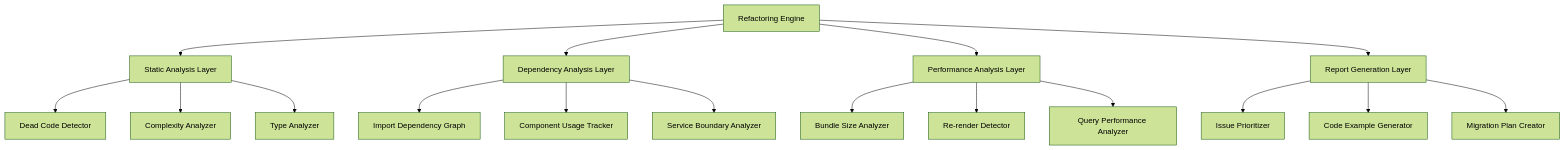
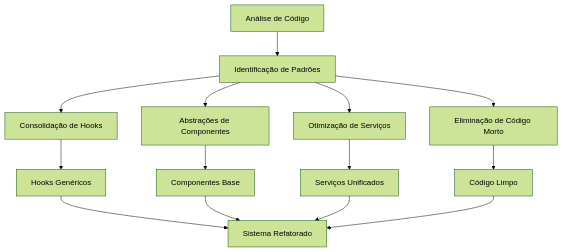
One commit to cascaoconcurseiro/PE changed the diagram in .kiro/specs/refatoracao-sistema-complexo/design.md. Above: the diagram before and after it, drawn with Mermaid (forest theme). The commit also changed other lines of this file and 49 other files, not shown here.

````diff
--- a/.kiro/specs/refatoracao-sistema-complexo/design.md
+++ b/.kiro/specs/refatoracao-sistema-complexo/design.md
@@ -11,23 +16,18 @@
 ```mermaid
-graph TD
-    A[Refactoring Engine] --> B[Static Analysis Layer]
-    A --> C[Dependency Analysis Layer]
-    A --> D[Performance Analysis Layer]
-    A --> E[Report Generation Layer]
+graph TB
+    A[Análise de Código] --> B[Identificação de Padrões]
+    B --> C[Consolidação de Hooks]
+    B --> D[Abstrações de Componentes]
+    B --> E[Otimização de Serviços]
+    B --> F[Eliminação de Código Morto]
     
-    B --> B1[Dead Code Detector]
-    B --> B2[Complexity Analyzer]
-    B --> B3[Type Analyzer]
+    C --> G[Hooks Genéricos]
+    D --> H[Componentes Base]
+    E --> I[Serviços Unificados]
+    F --> J[Código Limpo]
     
-    C --> C1[Import Dependency Graph]
-    C --> C2[Component Usage Tracker]
-    C --> C3[Service Boundary Analyzer]
-    
-    D --> D1[Bundle Size Analyzer]
-    D --> D2[Re-render Detector]
-    D --> D3[Query Performance Analyzer]
-    
-    E --> E1[Issue Prioritizer]
-    E --> E2[Code Example Generator]
-    E --> E3[Migration Plan Creator]
+    G --> K[Sistema Refatorado]
+    H --> K
+    I --> K
+    J --> K
 ```
````
